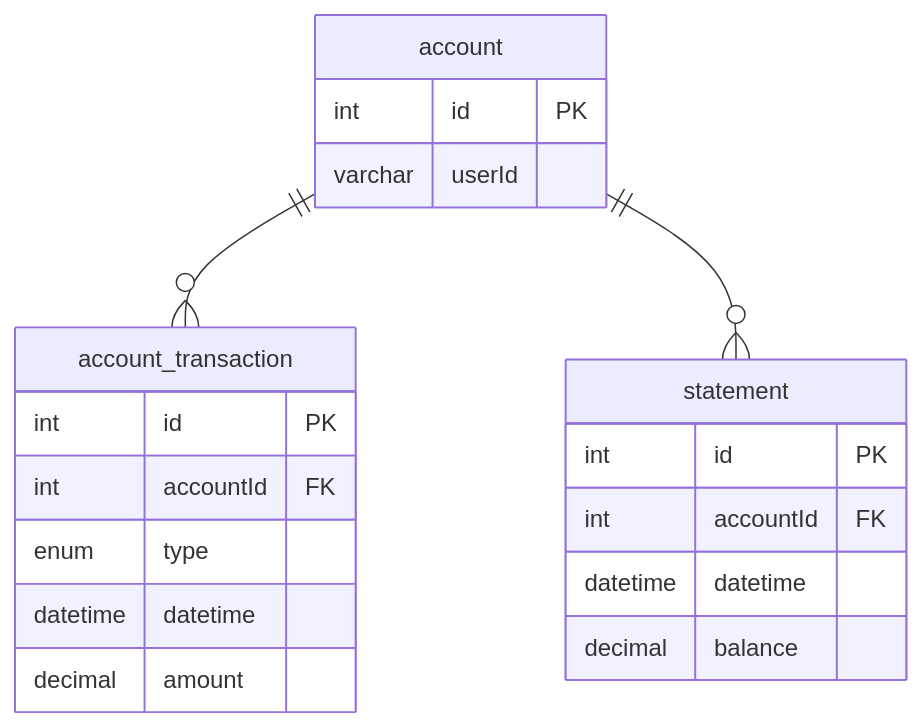
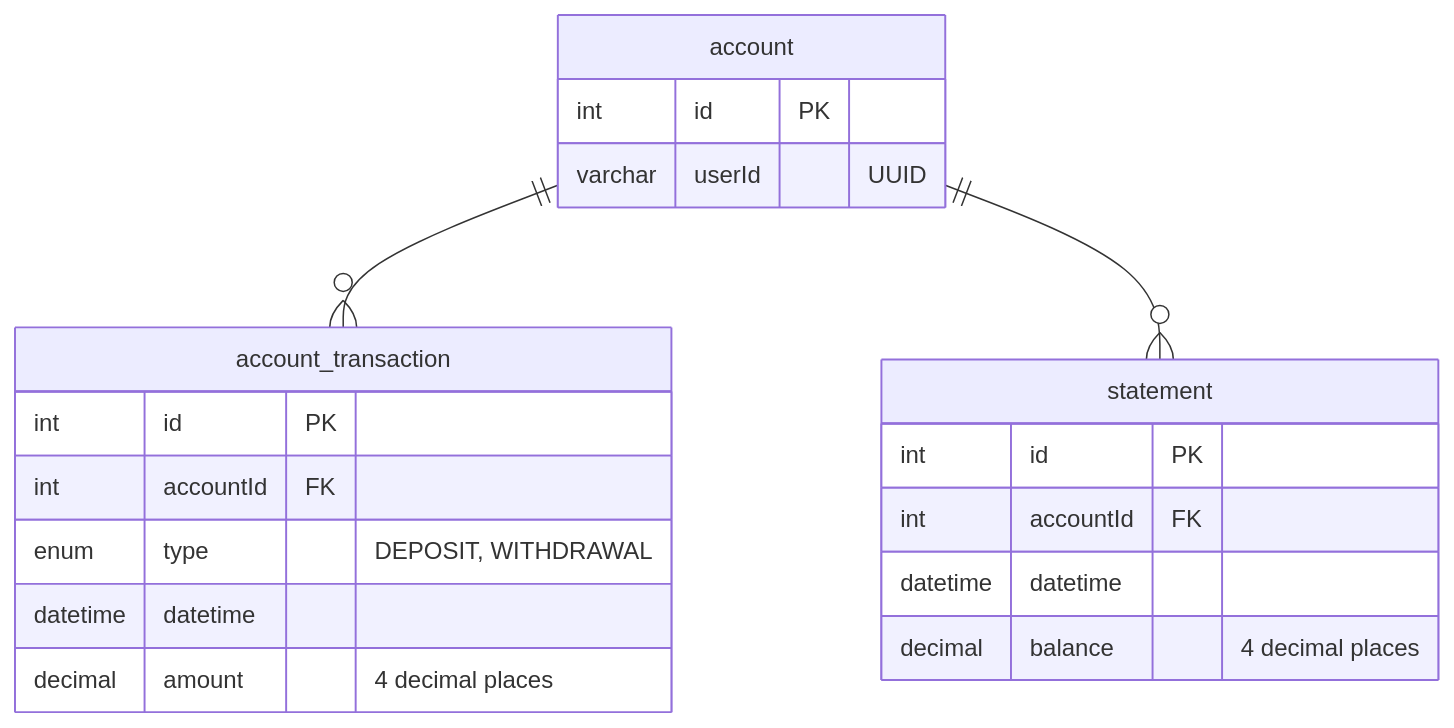
The diagram in README.md (belting/cn-invest), drawn with Mermaid before and after one commit. The commit also changed other lines of this file and 1 other file, not shown here.

````diff
--- a/README.md
+++ b/README.md
@@ -14,22 +24,22 @@
 ```mermaid
 erDiagram
     account ||--o{ account_transaction : ""
     account ||--o{ statement : ""
     account {
         int id PK
-        varchar userId
+        varchar userId "UUID"
     }
     account_transaction {
         int id PK
         int accountId FK
-        enum type
+        enum type "DEPOSIT, WITHDRAWAL"
         datetime datetime
-        decimal amount
+        decimal amount "4 decimal places"
     }
     statement {
         int id PK
         int accountId FK
         datetime datetime
-        decimal balance
+        decimal balance "4 decimal places"
     }
 ```
````
